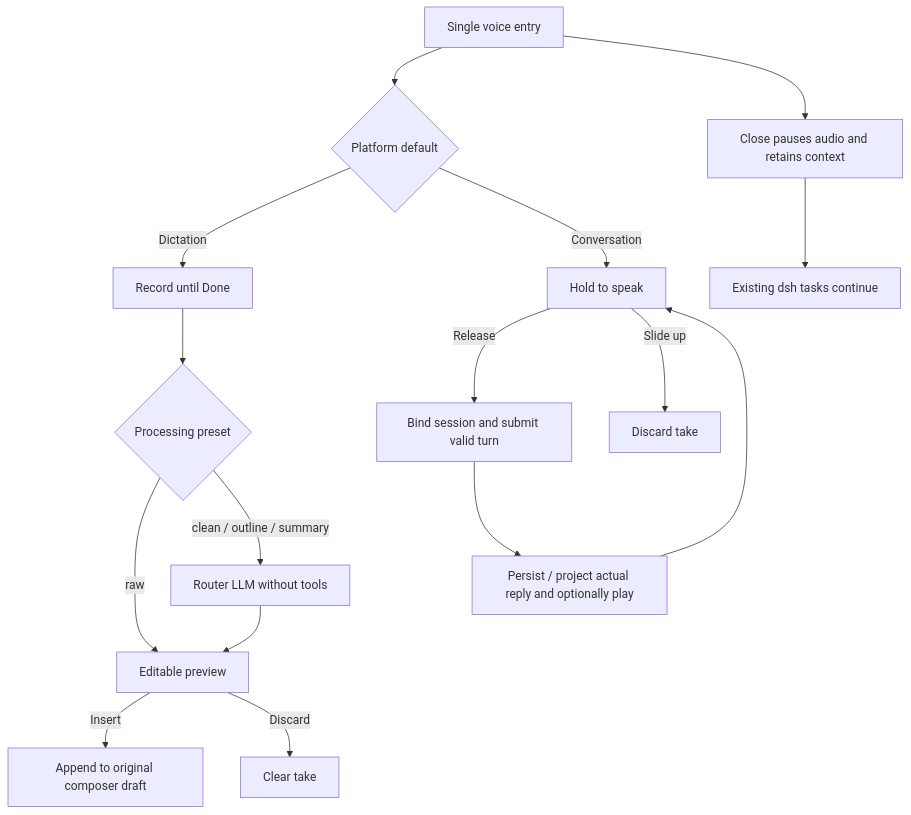
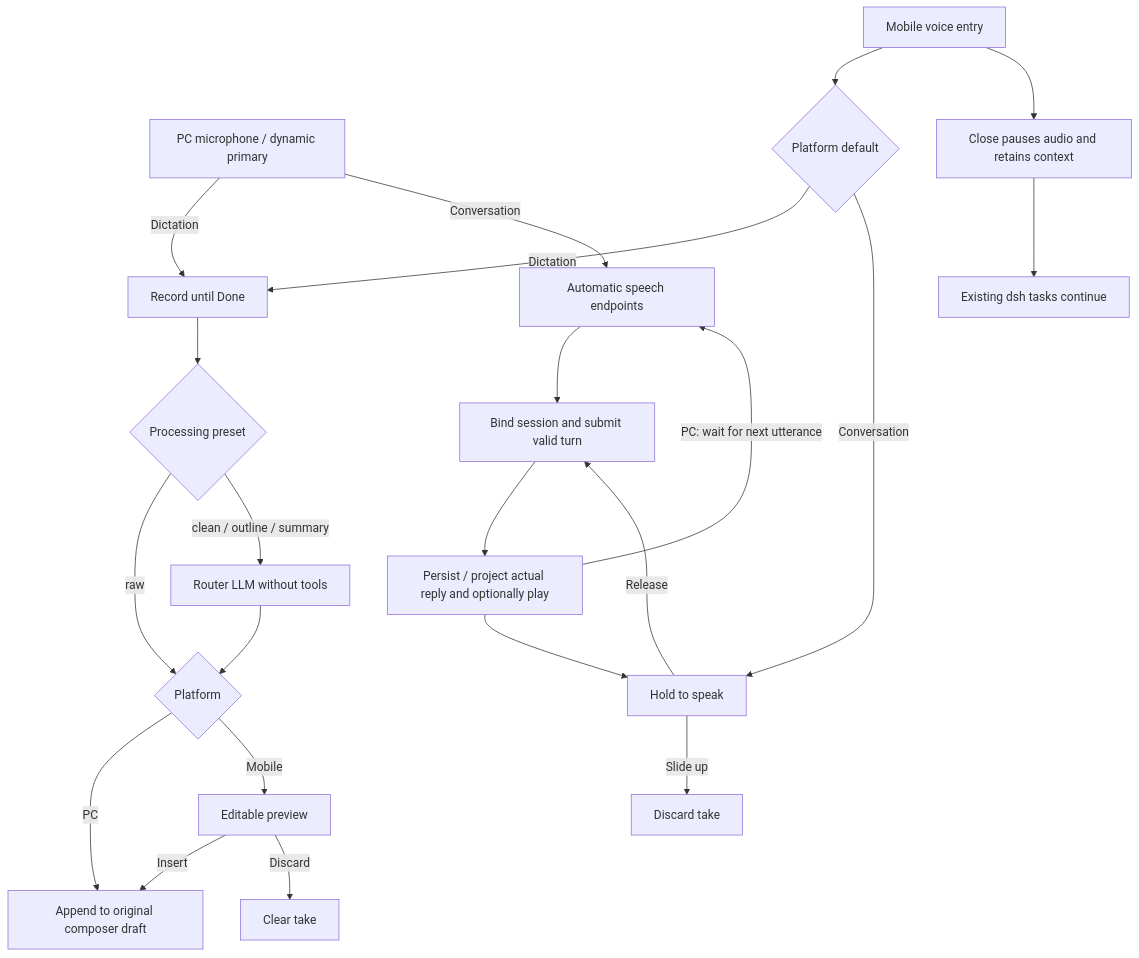
Before and after one commit to beclab/lares: the fourth of 4 diagrams in docs/voice-service-design.md, drawn with Mermaid. The commit also changed other lines of this file and 2 other files, not shown here.

Commit message:
docs(voice): document PC automatic conversation and local acceptance

````diff
--- a/docs/voice-service-design.md
+++ b/docs/voice-service-design.md
@@ -160,18 +168,24 @@
 ```mermaid
 flowchart TD
-    Entry[Single voice entry] --> Mode{Platform default}
+    PC[PC microphone / dynamic primary] -->|Dictation| Capture
+    PC -->|Conversation| Auto[Automatic speech endpoints]
+    Auto --> Bind
+    Reply -->|PC: wait for next utterance| Auto
+    Entry[Mobile voice entry] --> Mode{Platform default}
     Mode -->|Dictation| Capture[Record until Done]
     Capture --> Preset{Processing preset}
-    Preset -->|raw| Preview[Editable preview]
+    Preset -->|raw| Placement{Platform}
     Preset -->|clean / outline / summary| LLM[Router LLM without tools]
-    LLM --> Preview
+    LLM --> Placement
+    Placement -->|PC| Draft
+    Placement -->|Mobile| Preview[Editable preview]
     Preview -->|Insert| Draft[Append to original composer draft]
     Preview -->|Discard| Clear[Clear take]
     Mode -->|Conversation| Hold[Hold to speak]
     Hold -->|Release| Bind[Bind session and submit valid turn]
     Hold -->|Slide up| Cancel[Discard take]
     Bind --> Reply[Persist / project actual reply and optionally play]
     Reply --> Hold
     Entry --> Close[Close pauses audio and retains context]
     Close --> Background[Existing dsh tasks continue]
 ```
````
